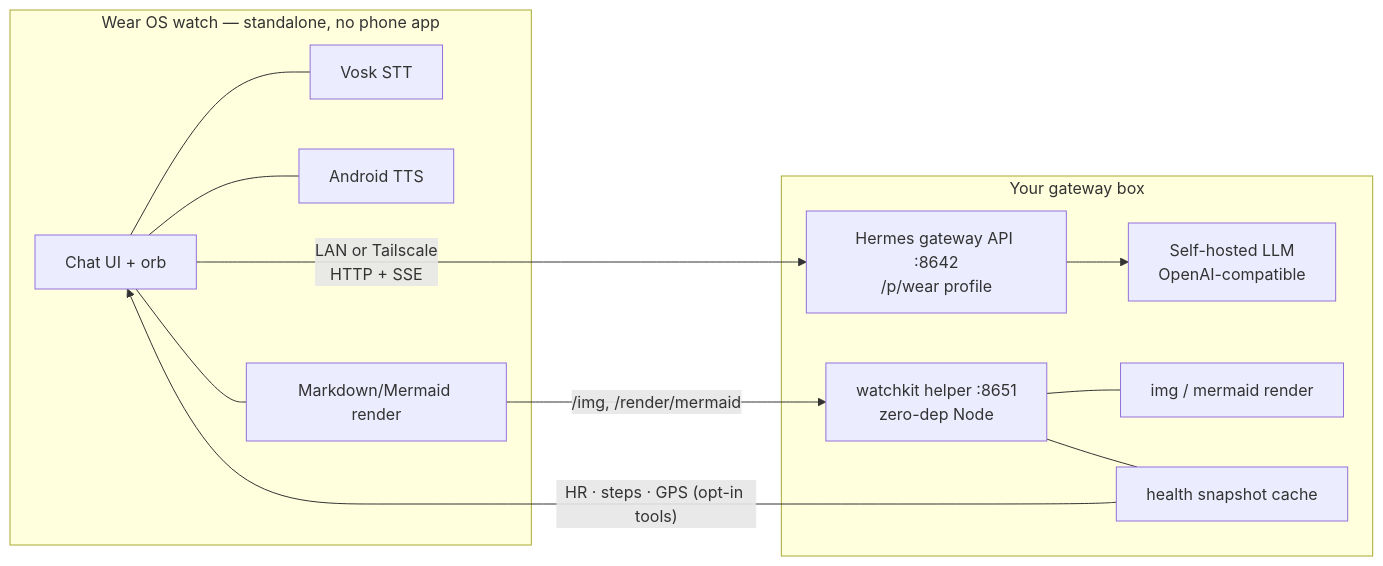
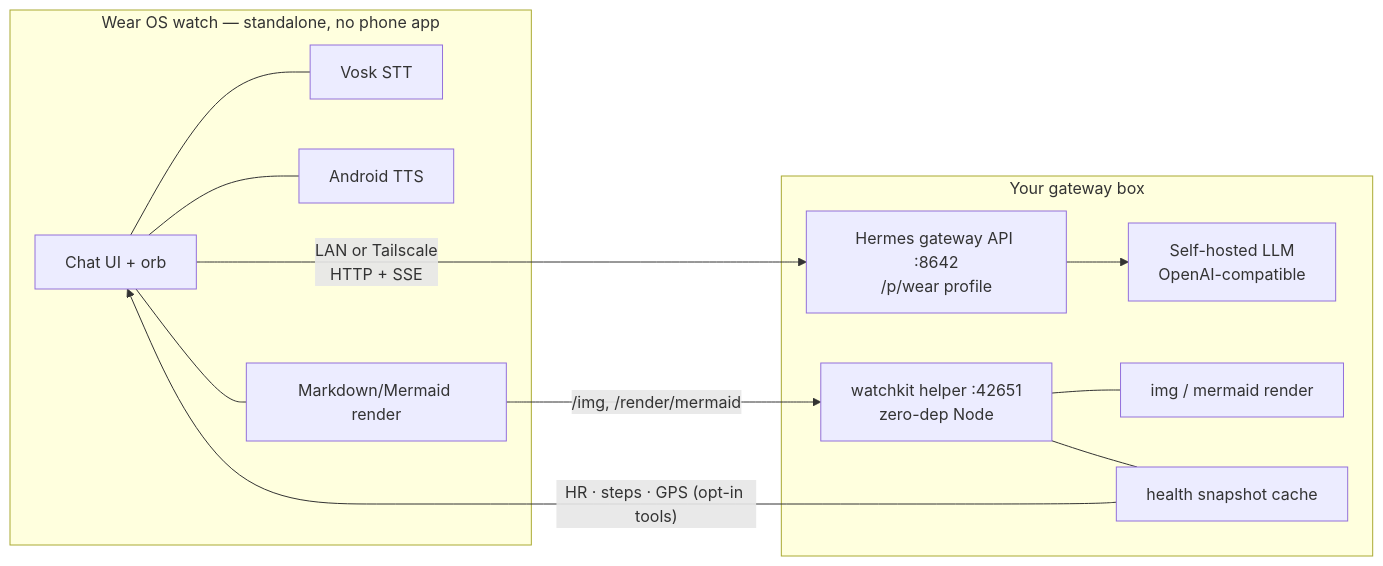
Before and after one commit to borealBytes/hermes-wearos: the second of 3 diagrams in README.md, drawn with Mermaid. The commit also changed other lines of this file and 15 other files, not shown here.

````diff
--- a/README.md
+++ b/README.md
@@ -191,14 +192,14 @@
 ```mermaid
 flowchart LR
     subgraph watch [Wear OS watch — standalone, no phone app]
         UI[Chat UI + orb] --- STT[Vosk STT] & TTS[Android TTS] & MD[Markdown/Mermaid render]
     end
     subgraph server [Your gateway box]
         HG[Hermes gateway API :8642<br/>/p/wear profile] --> LLM[Self-hosted LLM<br/>OpenAI-compatible]
-        WK[watchkit helper :8651<br/>zero-dep Node] --- IMG[img / mermaid render]
+        WK[watchkit helper :42651<br/>zero-dep Node] --- IMG[img / mermaid render]
         WK --- BODY[health snapshot cache]
     end
     UI -- "LAN or Tailscale<br/>HTTP + SSE" --> HG
     MD -- "/img, /render/mermaid" --> WK
     BODY -- "HR · steps · GPS (opt-in tools)" --> UI
 ```
````
